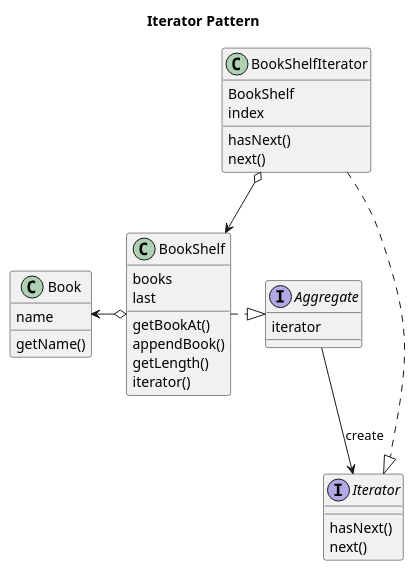
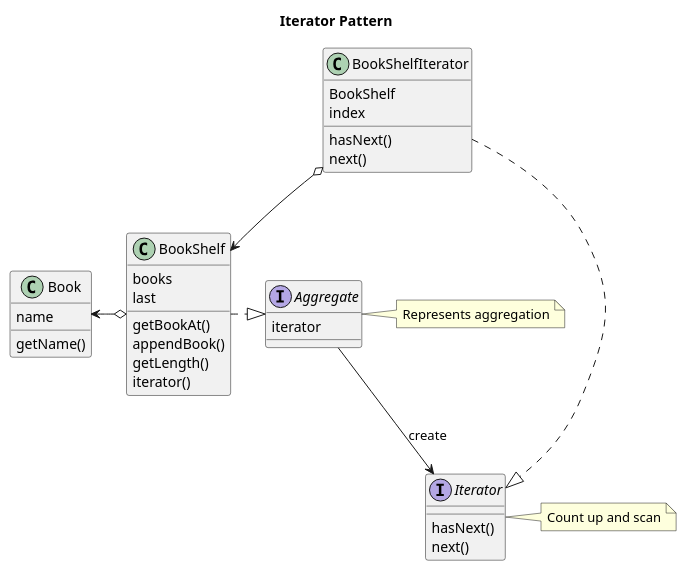
The diagram in uml/design_pattern/Iterator.pu (yuna611t/repo), drawn with PlantUML before and after one commit.

Commit message:
add comment

```diff
--- a/uml/design_pattern/Iterator.pu
+++ b/uml/design_pattern/Iterator.pu
@@ -1,44 +1,49 @@
 @startuml
 title Iterator Pattern
 
 interface Aggregate  {
     iterator
 }
+note right
+    Represents aggregation
+end note
 
 class BookShelf {
     books
     last
     getBookAt()
     appendBook()
     getLength()
     iterator()
 }
 
 class Book {
     name
     getName()
 }
 
 interface Iterator {
     hasNext()
     next()
 }
+note right
+    Count up and scan
+end note
 
 class BookShelfIterator {
     BookShelf
     index
     hasNext()
     next()
 }
 
 ' relations
 BookShelf .|> Aggregate
 BookShelf o-le-> Book
 
 Aggregate --> Iterator : create
 
 BookShelfIterator .|> Iterator
 BookShelfIterator o--> BookShelf
 
-
 @enduml
```
